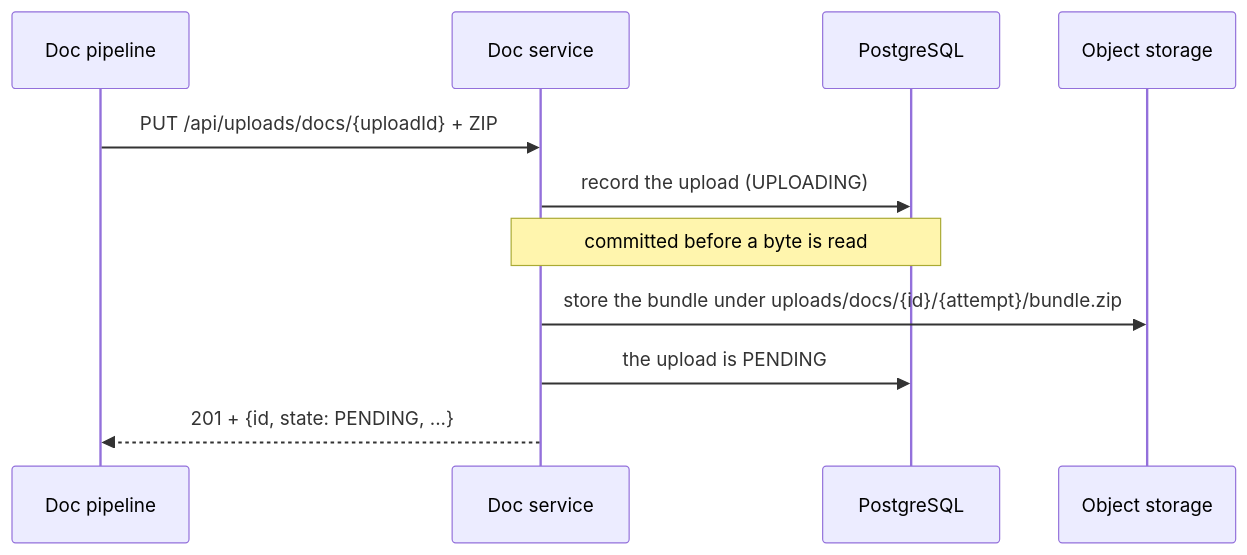
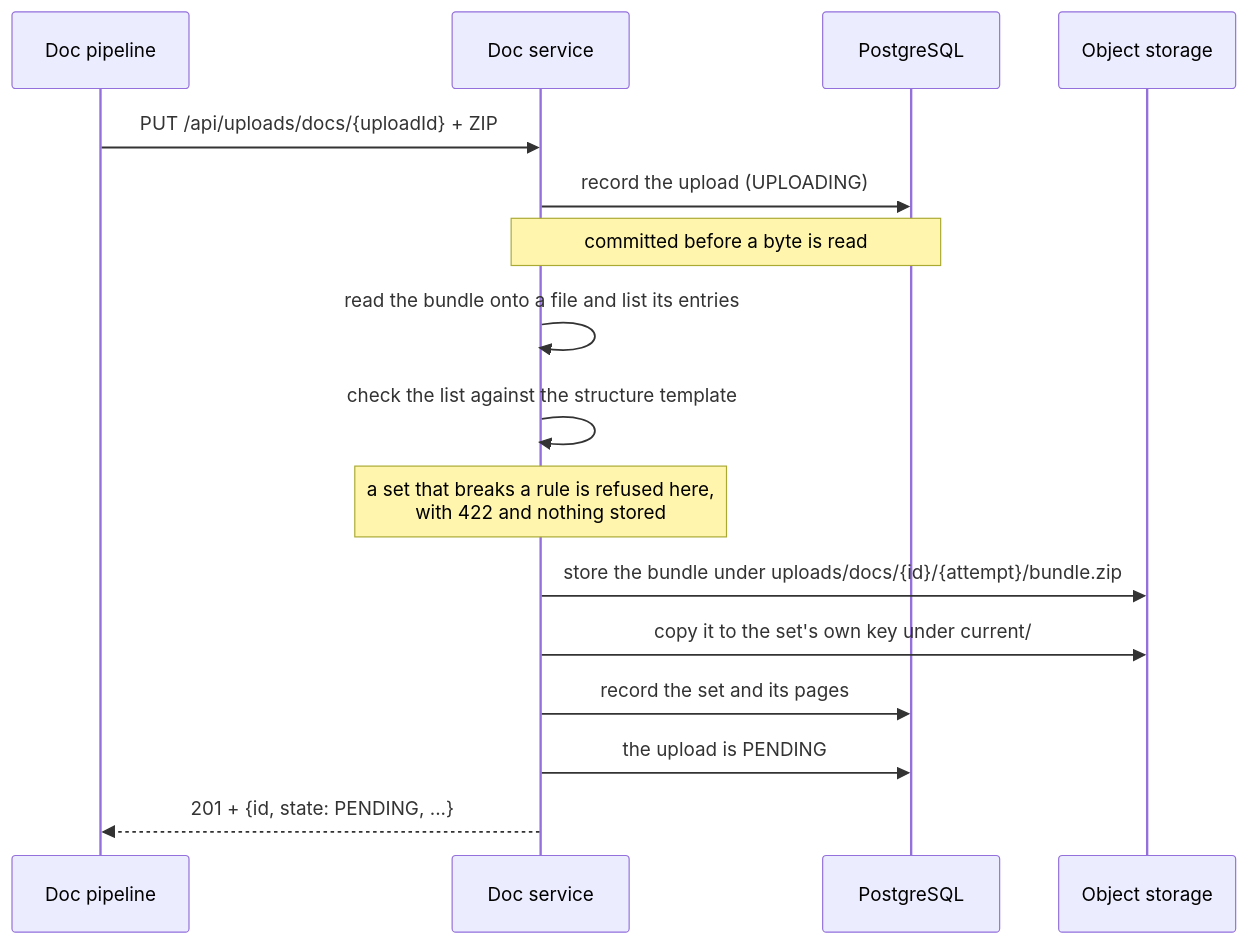
One commit to jeap-admin-ch/jeap-doc-service changed the diagram in docs/uploads.md. Above: the diagram before and after it, drawn with Mermaid. The commit also changed other lines of this file and 170 other files, not shown here.

````diff
--- a/docs/uploads.md
+++ b/docs/uploads.md
@@ -10,13 +10,18 @@
 ```mermaid
 sequenceDiagram
     participant P as Doc pipeline
     participant D as Doc service
     participant DB as PostgreSQL
     participant S3 as Object storage
     P->>D: PUT /api/uploads/docs/{uploadId} + ZIP
     D->>DB: record the upload (UPLOADING)
     Note over D,DB: committed before a byte is read
+    D->>D: read the bundle onto a file and list its entries
+    D->>D: check the list against the structure template
+    Note over D: a set that breaks a rule is refused here,<br/>with 422 and nothing stored
     D->>S3: store the bundle under uploads/docs/{id}/{attempt}/bundle.zip
+    D->>S3: copy it to the set's own key under current/
+    D->>DB: record the set and its pages
     D->>DB: the upload is PENDING
     D-->>P: 201 + {id, state: PENDING, ...}
 ```
````
